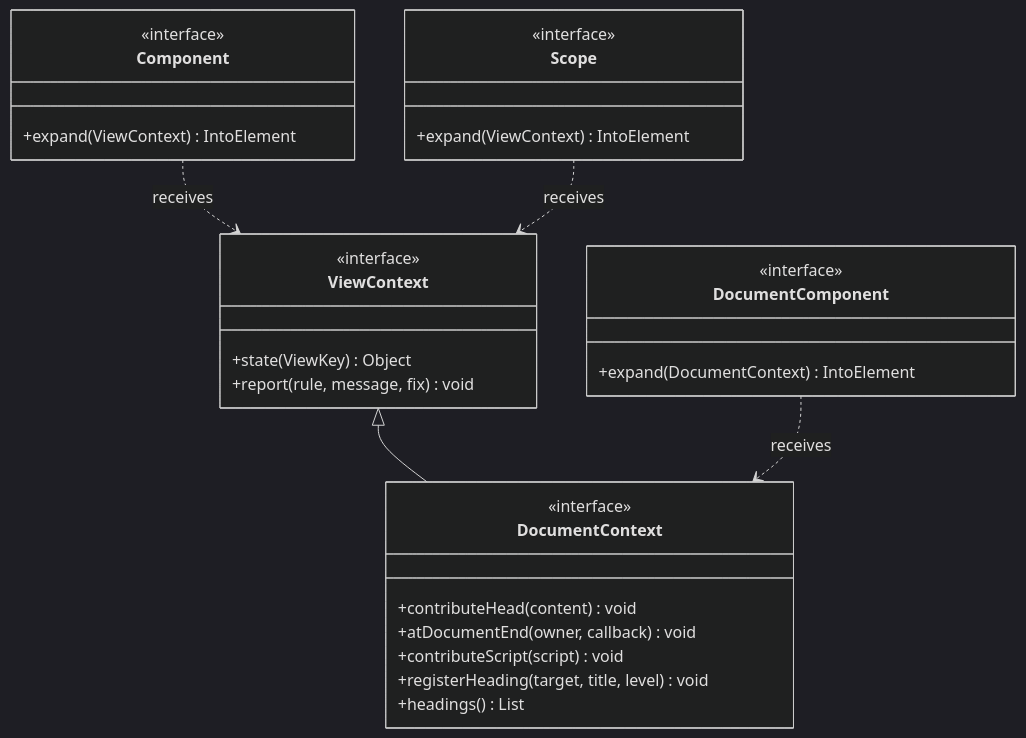
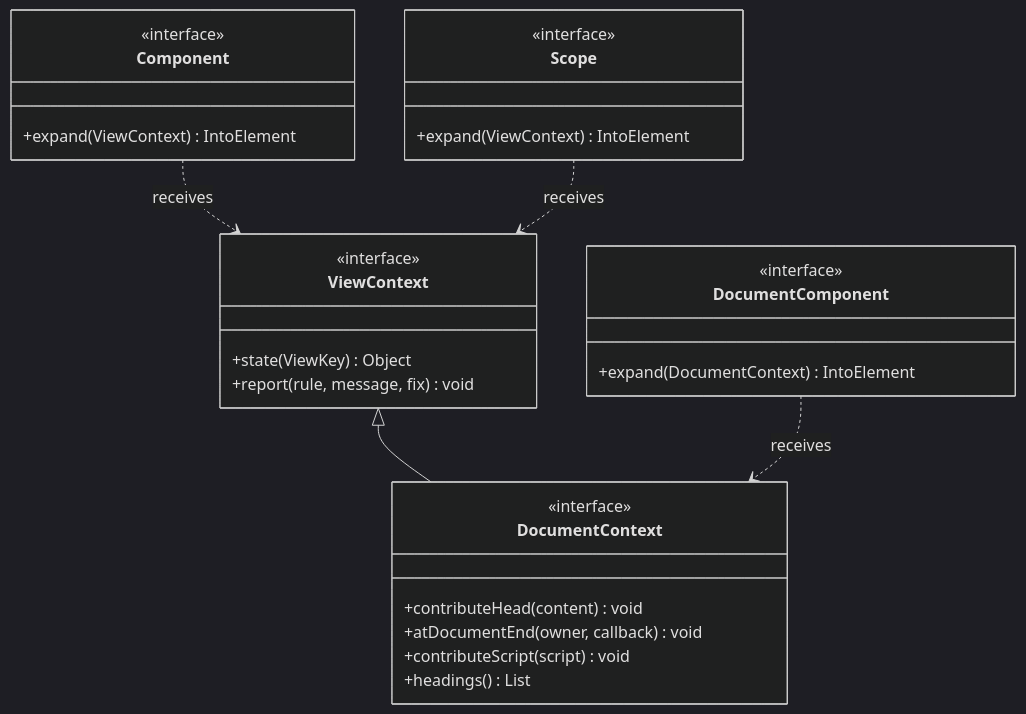
One commit to thiagogcm/tessera changed the first of 2 diagrams in docs/architecture-redesign.md. Above: the diagram before and after it, drawn with Mermaid (dark theme). The commit also changed other lines of this file and 125 other files, not shown here.

````diff
--- a/docs/architecture-redesign.md
+++ b/docs/architecture-redesign.md
@@ -21,33 +21,32 @@
 ```mermaid
 classDiagram
     direction TB
     class ViewContext {
         <<interface>>
         +state(ViewKey) Object
         +report(rule, message, fix) void
     }
     class DocumentContext {
         <<interface>>
         +contributeHead(content) void
         +atDocumentEnd(owner, callback) void
         +contributeScript(script) void
-        +registerHeading(target, title, level) void
         +headings() List
     }
     class Component {
         <<interface>>
         +expand(ViewContext) IntoElement
     }
     class Scope {
         <<interface>>
         +expand(ViewContext) IntoElement
     }
     class DocumentComponent {
         <<interface>>
         +expand(DocumentContext) IntoElement
     }
     ViewContext <|-- DocumentContext
     Component ..> ViewContext : receives
     Scope ..> ViewContext : receives
     DocumentComponent ..> DocumentContext : receives
 ```
````
